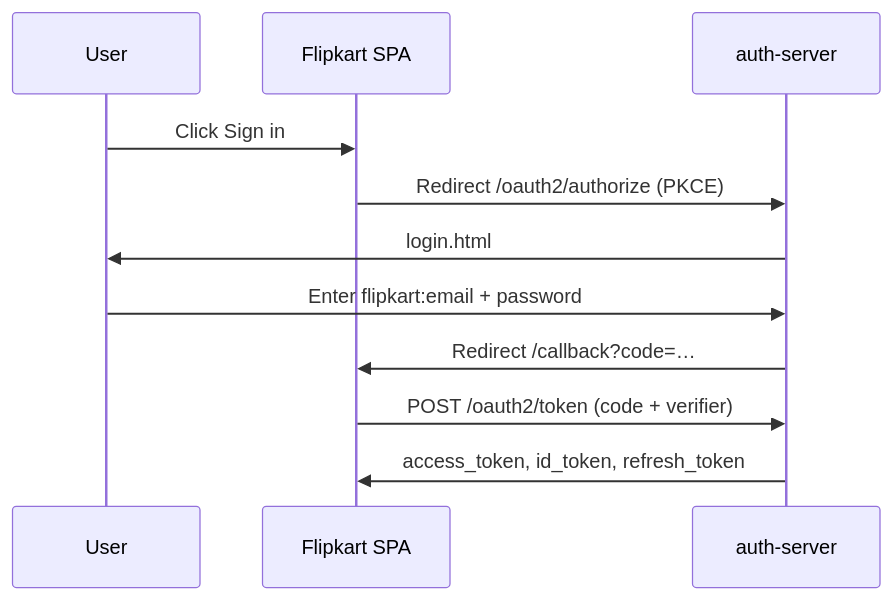
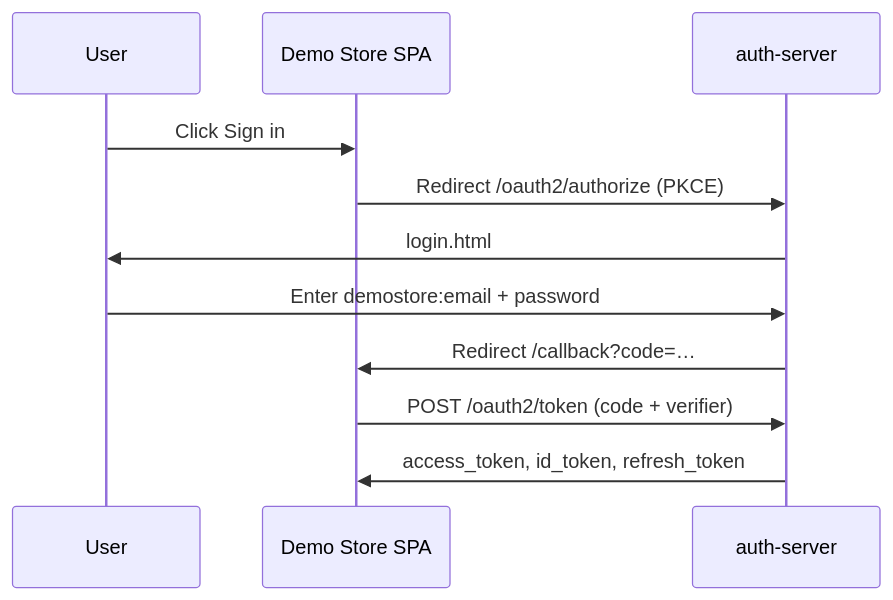
The first of 2 diagrams in docs/23-application-integration-guide.md (DTAVS0108/secureon), drawn with Mermaid before and after one commit. The commit also changed other lines of this file and 390 other files, not shown here.

First line of the commit message:
Ship one-image deployment, config as code, safe upgrades and hashed client secrets

````diff
--- a/docs/23-application-integration-guide.md
+++ b/docs/23-application-integration-guide.md
@@ -166,13 +192,13 @@
 ```mermaid
 sequenceDiagram
   participant User
-  participant Flipkart as Flipkart SPA
+  participant Store as Demo Store SPA
   participant SecureOne as auth-server
-  User->>Flipkart: Click Sign in
-  Flipkart->>SecureOne: Redirect /oauth2/authorize (PKCE)
+  User->>Store: Click Sign in
+  Store->>SecureOne: Redirect /oauth2/authorize (PKCE)
   SecureOne->>User: login.html
-  User->>SecureOne: Enter flipkart:email + password
-  SecureOne->>Flipkart: Redirect /callback?code=…
-  Flipkart->>SecureOne: POST /oauth2/token (code + verifier)
-  SecureOne->>Flipkart: access_token, id_token, refresh_token
+  User->>SecureOne: Enter demostore:email + password
+  SecureOne->>Store: Redirect /callback?code=…
+  Store->>SecureOne: POST /oauth2/token (code + verifier)
+  SecureOne->>Store: access_token, id_token, refresh_token
 ```
````
